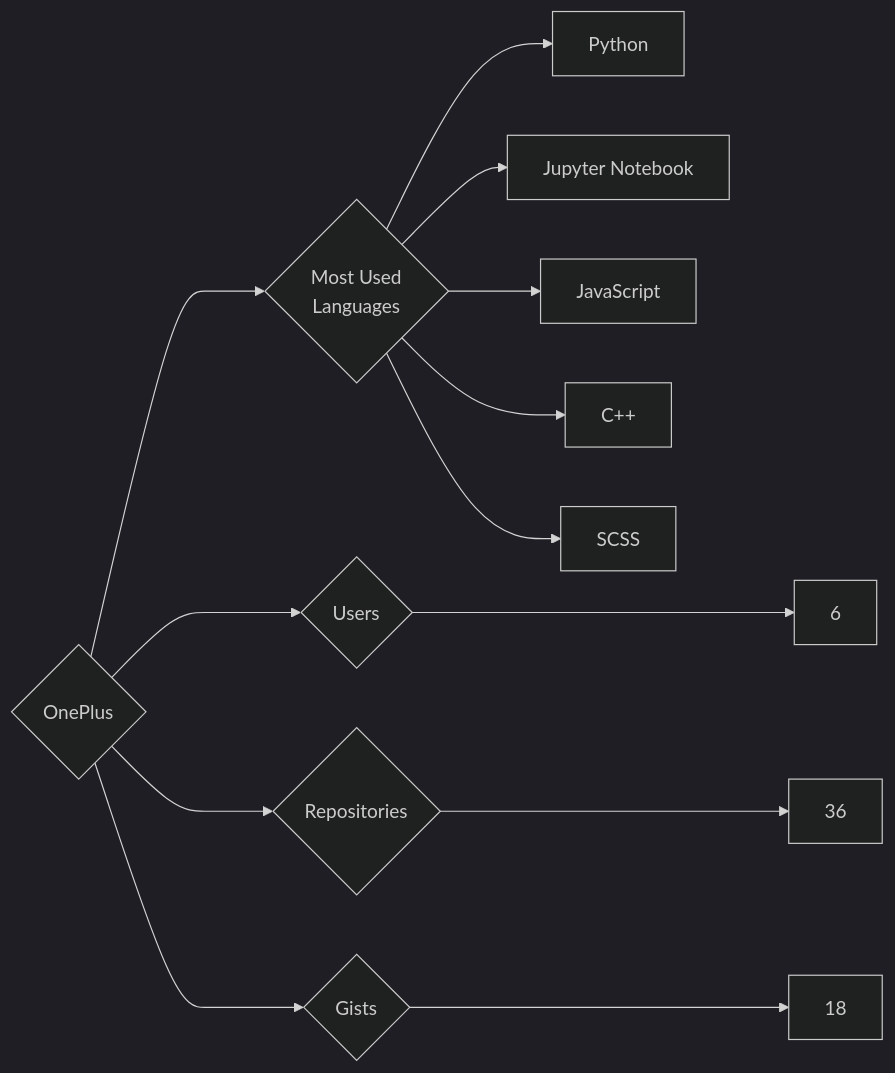
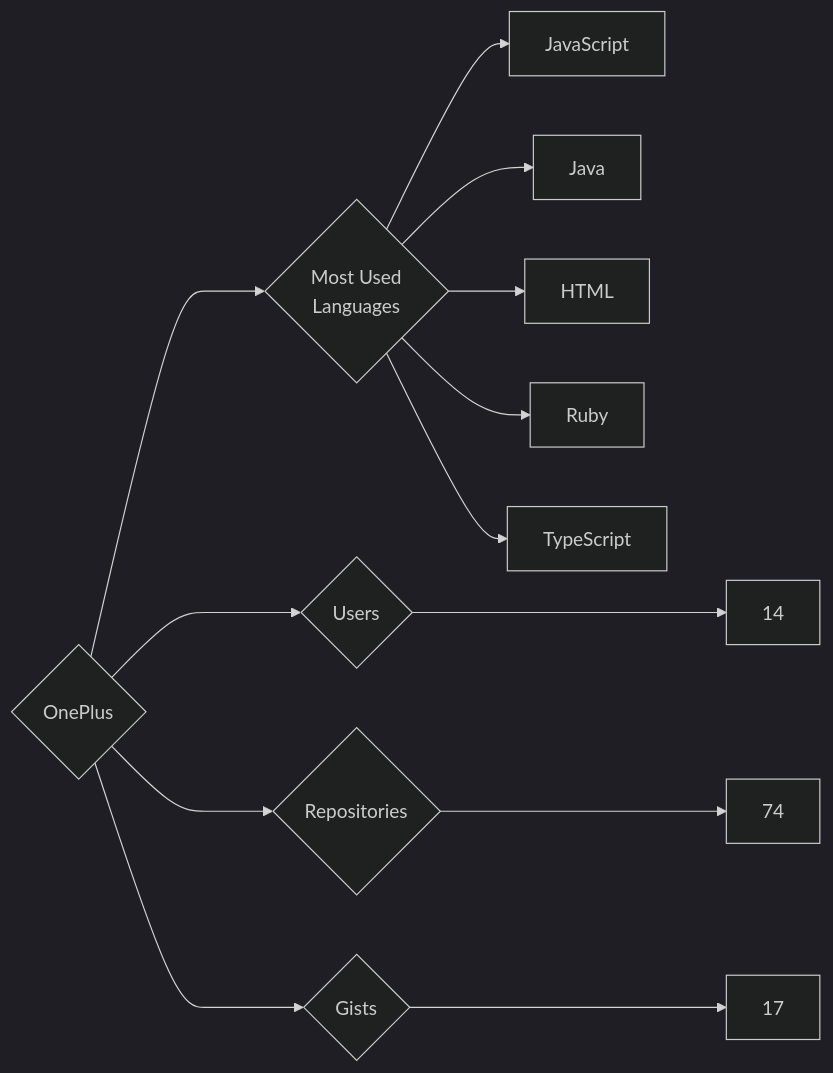
One commit to trickest/insiders changed the diagram in targets/OnePlus/README.md. Above: the diagram before and after it, drawn with Mermaid (dark theme). The commit also changed 1508 other files, not shown here.

````diff
--- a/targets/OnePlus/README.md
+++ b/targets/OnePlus/README.md
@@ -3,13 +3,13 @@
 ```mermaid
 graph LR
 COMPANY_NAME{OnePlus}
-COMPANY_NAME ---> U{Users} ---> UN[6]
-COMPANY_NAME ---> R{Repositories} ---> RN[36]
-COMPANY_NAME ---> G{Gists} ---> GN[18]
+COMPANY_NAME ---> U{Users} ---> UN[14]
+COMPANY_NAME ---> R{Repositories} ---> RN[74]
+COMPANY_NAME ---> G{Gists} ---> GN[17]
 COMPANY_NAME ---> ML{Most Used<br>Languages}
-ML --> Python[Python]
-ML --> Jupyter_Notebook[Jupyter Notebook]
 ML --> JavaScript[JavaScript]
-ML --> C++[C++]
-ML --> SCSS[SCSS]
+ML --> Java[Java]
+ML --> HTML[HTML]
+ML --> Ruby[Ruby]
+ML --> TypeScript[TypeScript]
 ```
````
